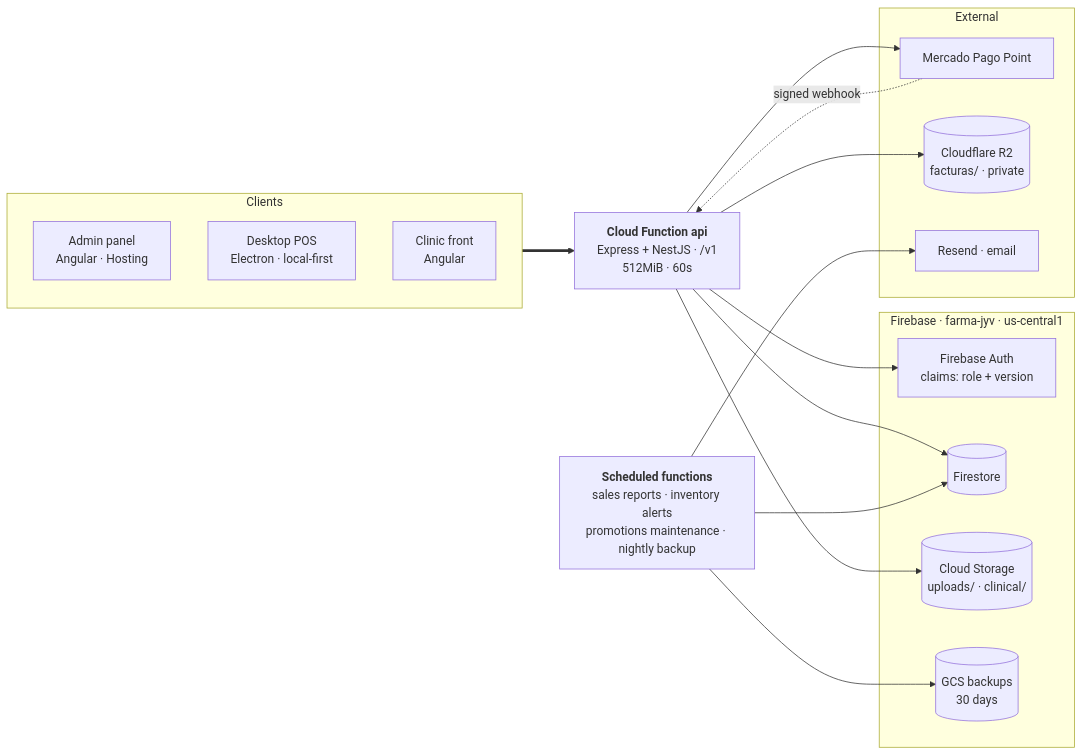
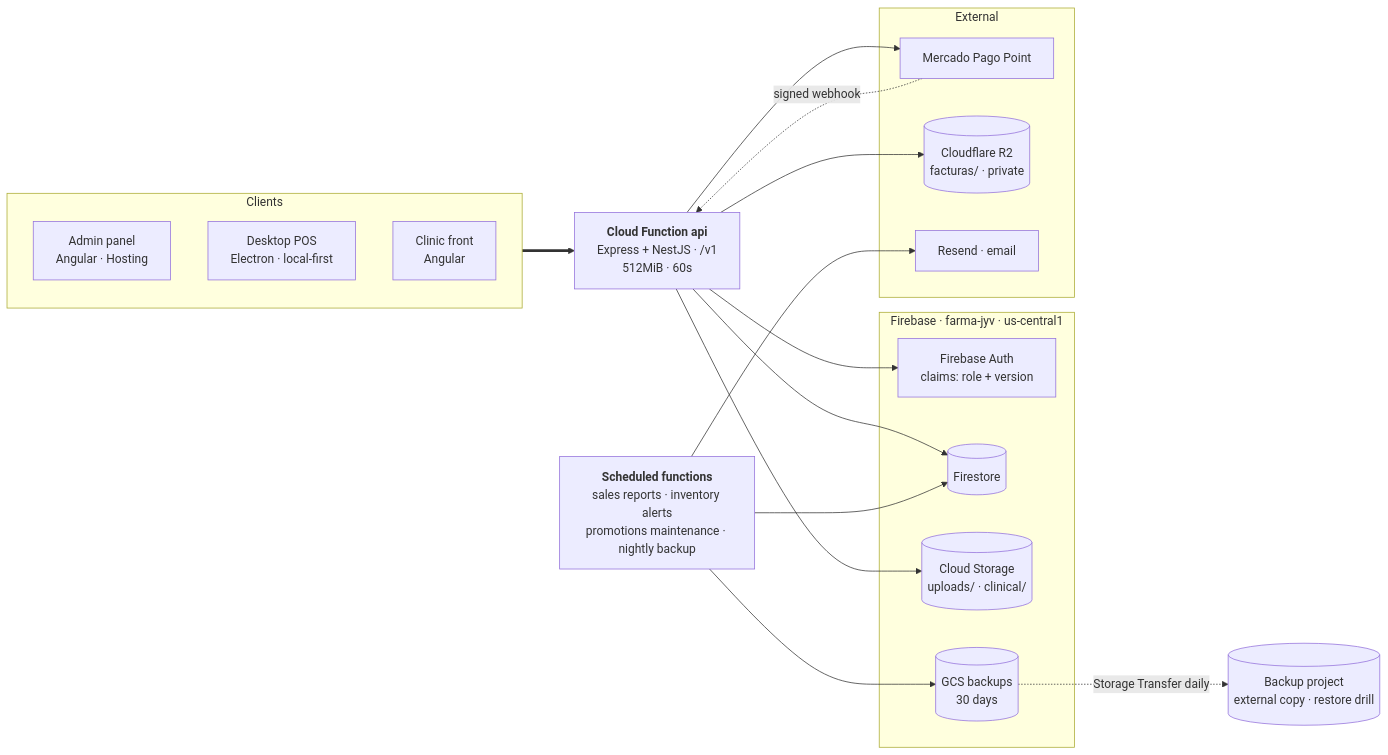
The first of 2 diagrams in CLAUDE.md (dev-jyv/backend-farma-jyv), drawn with Mermaid before and after one commit. The commit also changed other lines of this file and 2 other files, not shown here.

````diff
--- a/CLAUDE.md
+++ b/CLAUDE.md
@@ -20,36 +20,39 @@
 ```mermaid
 flowchart LR
     subgraph clients["Clients"]
         admin["Admin panel<br/>Angular · Hosting"]
         pos["Desktop POS<br/>Electron · local-first"]
         clinic["Clinic front<br/>Angular"]
     end
 
     api["<b>Cloud Function api</b><br/>Express + NestJS · /v1<br/>512MiB · 60s"]
     crons["<b>Scheduled functions</b><br/>sales reports · inventory alerts<br/>promotions maintenance · nightly backup"]
 
     subgraph data["Firebase · farma-jyv · us-central1"]
         auth["Firebase Auth<br/>claims: role + version"]
         fs[("Firestore")]
         gcs[("Cloud Storage<br/>uploads/ · clinical/")]
         backups[("GCS backups<br/>30 days")]
     end
 
+    extbk[("Backup project<br/>external copy · restore drill")]
+
     subgraph ext["External"]
         mp["Mercado Pago Point"]
         r2[("Cloudflare R2<br/>facturas/ · private")]
         resend["Resend · email"]
     end
 
     clients ==> api
     api --> auth
     api --> fs
     api --> gcs
     api --> r2
     api --> mp
     mp -. "signed webhook" .-> api
 
     crons --> fs
     crons --> resend
     crons --> backups
+    backups -. "Storage Transfer daily" .-> extbk
 ```
````
